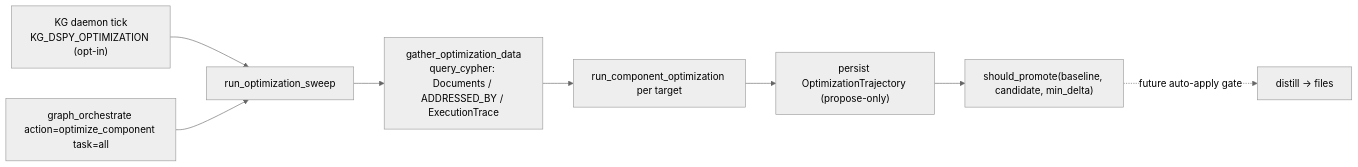
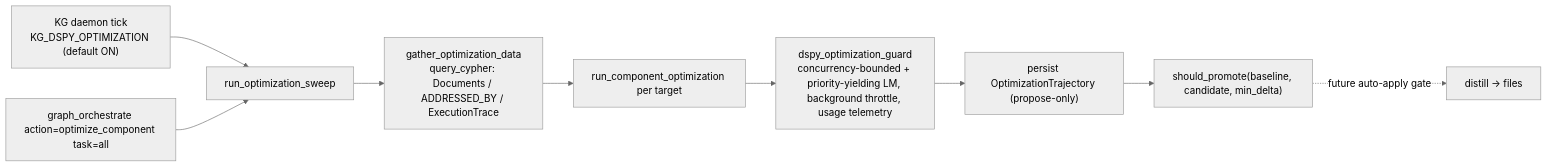
Before and after one commit to Knuckles-Team/agent-utilities: the sixth of 6 diagrams in docs/architecture/evolvable_surface.md, drawn with Mermaid (neutral theme). The commit also changed other lines of this file and 9 other files, not shown here.

````diff
--- a/docs/architecture/evolvable_surface.md
+++ b/docs/architecture/evolvable_surface.md
@@ -245,10 +245,11 @@
 ```mermaid
 flowchart LR
-    TICK["KG daemon tick<br/>KG_DSPY_OPTIMIZATION (opt-in)"] --> SWEEP["run_optimization_sweep"]
+    TICK["KG daemon tick<br/>KG_DSPY_OPTIMIZATION (default ON)"] --> SWEEP["run_optimization_sweep"]
     MCP["graph_orchestrate action=optimize_component task=all"] --> SWEEP
     SWEEP --> GD["gather_optimization_data<br/>query_cypher: Documents / ADDRESSED_BY / ExecutionTrace"]
     GD --> RUN["run_component_optimization per target"]
-    RUN --> TRAJ["persist OptimizationTrajectory (propose-only)"]
+    RUN --> GUARD["dspy_optimization_guard<br/>concurrency-bounded + priority-yielding LM, background throttle, usage telemetry"]
+    GUARD --> TRAJ["persist OptimizationTrajectory (propose-only)"]
     TRAJ --> GATE["should_promote(baseline, candidate, min_delta)"]
     GATE -.future auto-apply gate.-> APPLY["distill → files"]
 ```
````
